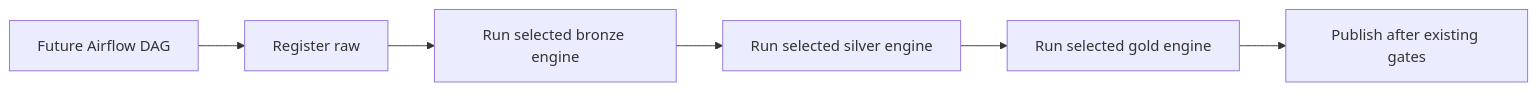
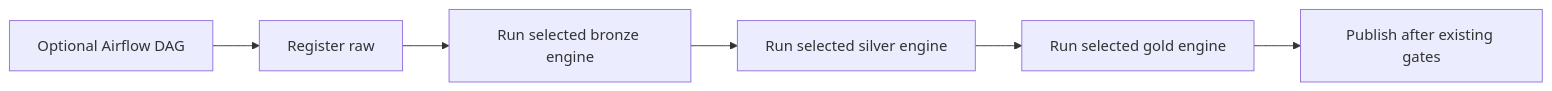
One commit to vdeeplearning/agentic_healthcare_data_platform changed diagram 40 of 49 in README.md. Above: the diagram before and after it, drawn with Mermaid. The commit also changed other lines of this file, not shown here.

Commit message:
Align README with Spark and Airflow architecture

````diff
--- a/README.md
+++ b/README.md
@@ -1858,8 +1858,8 @@
 ```mermaid
 flowchart LR
- AF["Future Airflow DAG"] --> RAW["Register raw"]
+ AF["Optional Airflow DAG"] --> RAW["Register raw"]
  RAW --> BR["Run selected bronze engine"]
  BR --> SI["Run selected silver engine"]
  SI --> GO["Run selected gold engine"]
  GO --> PUB["Publish after existing gates"]
 ```
````
